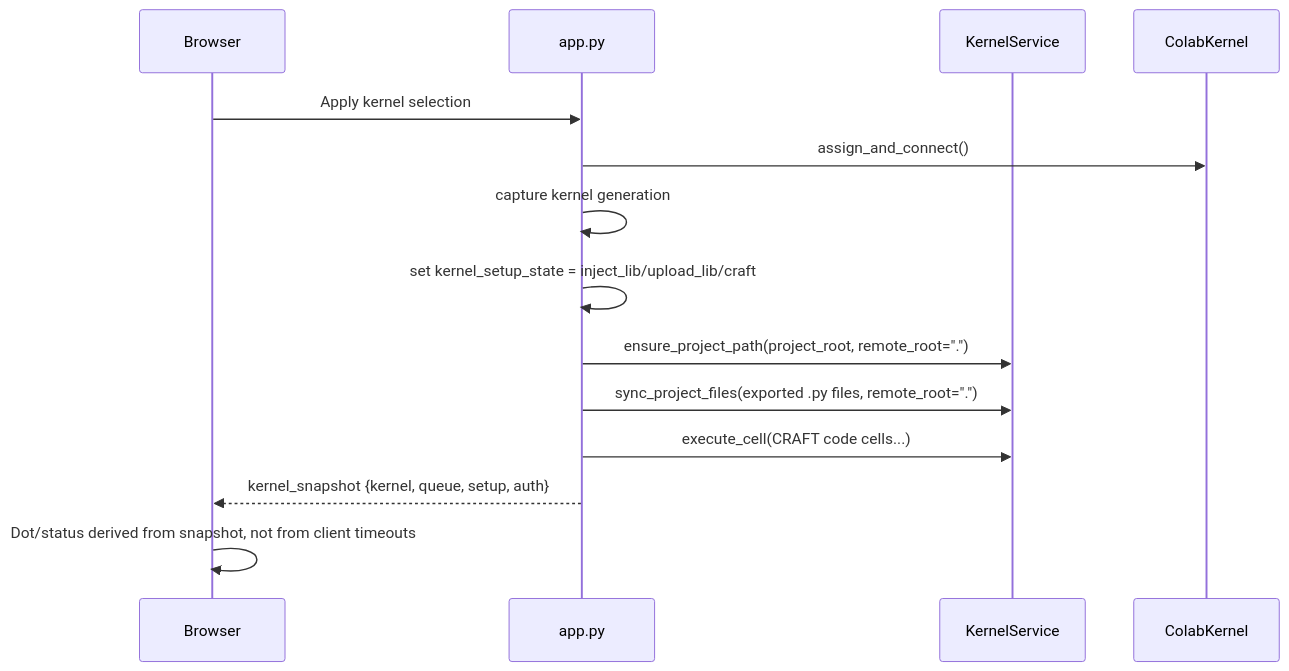
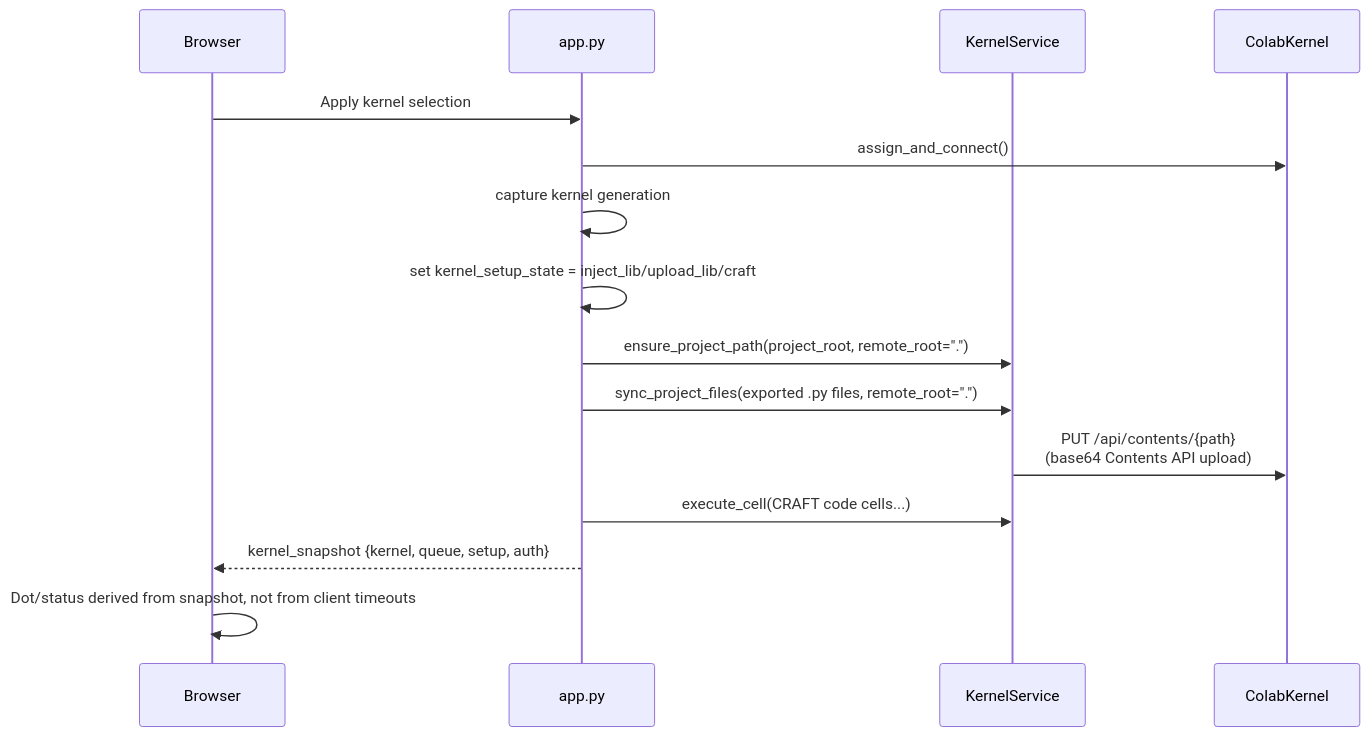
Before and after one commit to sgaseretto/solveish: the eighth of 13 diagrams in docs/how_it_works/12_colab_kernel.md, drawn with Mermaid. The commit also changed other lines of this file and 19 other files, not shown here.

````diff
--- a/docs/how_it_works/12_colab_kernel.md
+++ b/docs/how_it_works/12_colab_kernel.md
@@ -449,17 +500,18 @@
 ```mermaid
 sequenceDiagram
     participant UI as Browser
     participant App as app.py
     participant KS as KernelService
     participant CK as ColabKernel
 
     UI->>App: Apply kernel selection
     App->>CK: assign_and_connect()
     App->>App: capture kernel generation
     App->>App: set kernel_setup_state = inject_lib/upload_lib/craft
     App->>KS: ensure_project_path(project_root, remote_root=".")
     App->>KS: sync_project_files(exported .py files, remote_root=".")
+    KS->>CK: PUT /api/contents/{path}<br/>(base64 Contents API upload)
     App->>KS: execute_cell(CRAFT code cells...)
     App-->>UI: kernel_snapshot {kernel, queue, setup, auth}
     UI->>UI: Dot/status derived from snapshot, not from client timeouts
 ```
````
